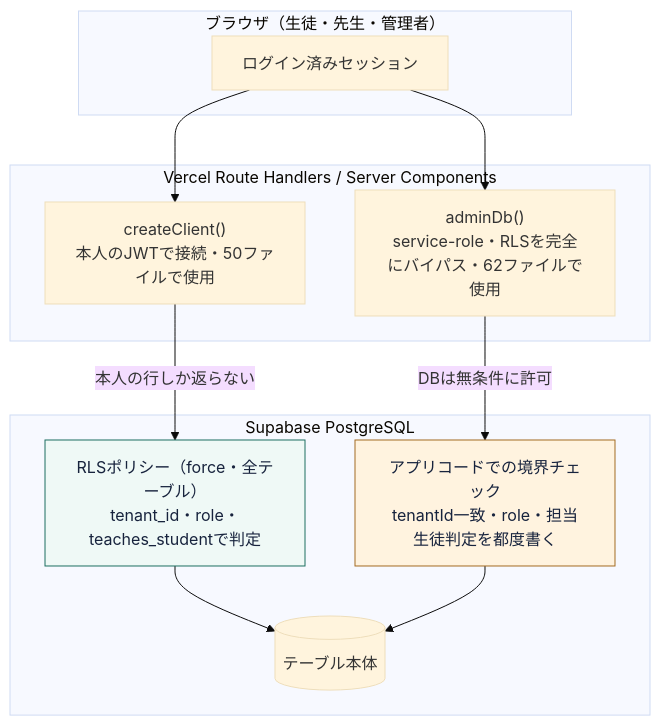
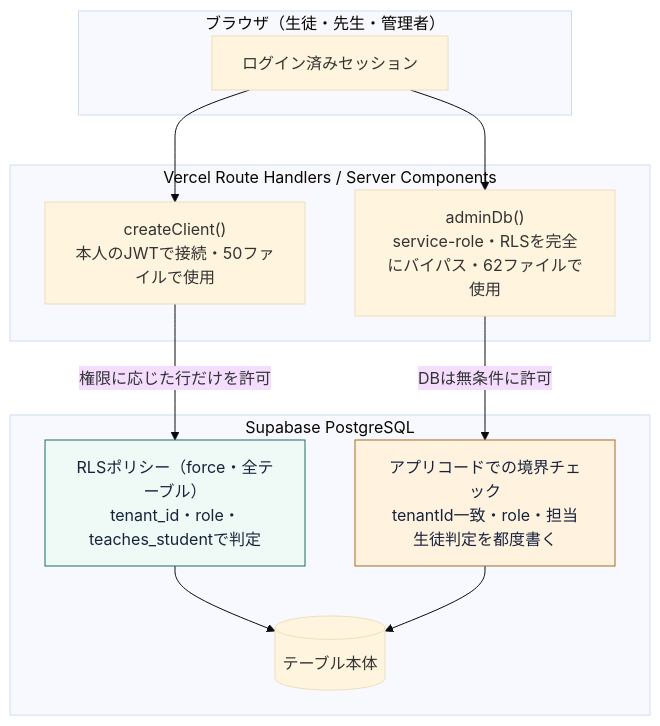
Before and after one commit to Ryuto42/toinowa: the fifth of 5 diagrams in docs/qiita-article.md, drawn with Mermaid (base theme). The commit also changed other lines of this file, not shown here.

````diff
--- a/docs/qiita-article.md
+++ b/docs/qiita-article.md
@@ -376,24 +376,24 @@
 ```mermaid
 flowchart TB
     subgraph client["ブラウザ（生徒・先生・管理者）"]
         U["ログイン済みセッション"]
     end
 
     subgraph vercel["Vercel Route Handlers / Server Components"]
         RA["createClient()<br/>本人のJWTで接続・50ファイルで使用"]
         RB["adminDb()<br/>service-role・RLSを完全にバイパス・62ファイルで使用"]
     end
 
     subgraph supabase["Supabase PostgreSQL"]
         RLS["RLSポリシー（force・全テーブル）<br/>tenant_id・role・teaches_studentで判定"]
         APPCHECK["アプリコードでの境界チェック<br/>tenantId一致・role・担当生徒判定を都度書く"]
         PG[("テーブル本体")]
     end
 
     U --> RA & RB
-    RA -->|本人の行しか返らない| RLS --> PG
+    RA -->|権限に応じた行だけを許可| RLS --> PG
     RB -->|DBは無条件に許可| APPCHECK --> PG
 
     style RLS fill:#eff9f6,stroke:#1c6e60,color:#17233d
     style APPCHECK fill:#fff3df,stroke:#a36b22,color:#17233d
 ```
````
